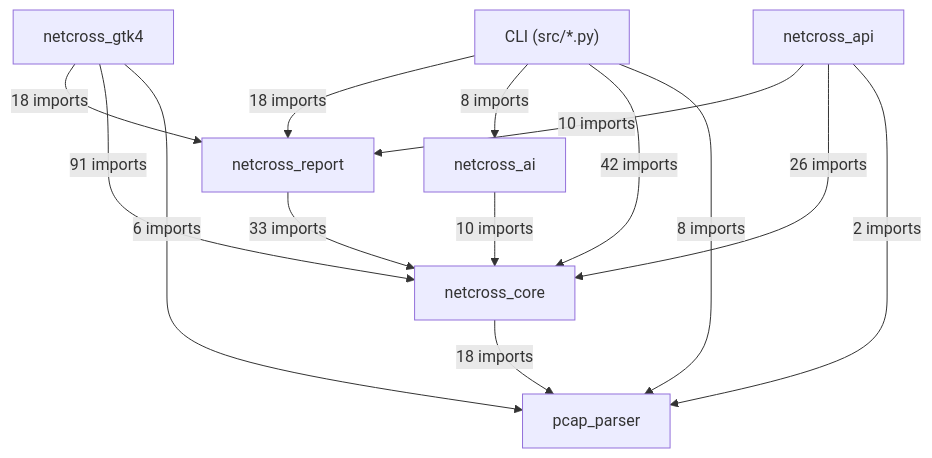
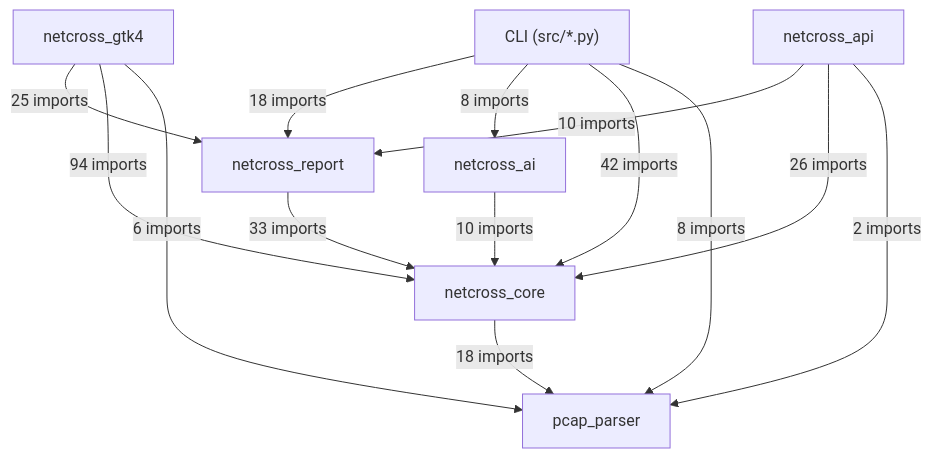
Before and after one commit to Mathide-Team/Netcross: the first of 19 diagrams in docs/class-diagram.md, drawn with Mermaid. The commit also changed other lines of this file and 11 other files, not shown here.

First line of the commit message:
feat(#674): diagramme de séquence, SIEM, historique et ticket de support dans la GUI (#863)

````diff
--- a/docs/class-diagram.md
+++ b/docs/class-diagram.md
@@ -26,23 +26,23 @@
 ```mermaid
 flowchart TD
     CLI["CLI (src/*.py)"]
     netcross_gtk4["netcross_gtk4"]
     netcross_api["netcross_api"]
     netcross_report["netcross_report"]
     netcross_ai["netcross_ai"]
     netcross_core["netcross_core"]
     pcap_parser["pcap_parser"]
     CLI -->|"18 imports"| netcross_report
     CLI -->|"8 imports"| netcross_ai
     CLI -->|"42 imports"| netcross_core
     CLI -->|"8 imports"| pcap_parser
-    netcross_gtk4 -->|"18 imports"| netcross_report
-    netcross_gtk4 -->|"91 imports"| netcross_core
+    netcross_gtk4 -->|"25 imports"| netcross_report
+    netcross_gtk4 -->|"94 imports"| netcross_core
     netcross_gtk4 -->|"6 imports"| pcap_parser
     netcross_api -->|"10 imports"| netcross_report
     netcross_api -->|"26 imports"| netcross_core
     netcross_api -->|"2 imports"| pcap_parser
     netcross_report -->|"33 imports"| netcross_core
     netcross_ai -->|"10 imports"| netcross_core
     netcross_core -->|"18 imports"| pcap_parser
 ```
````
